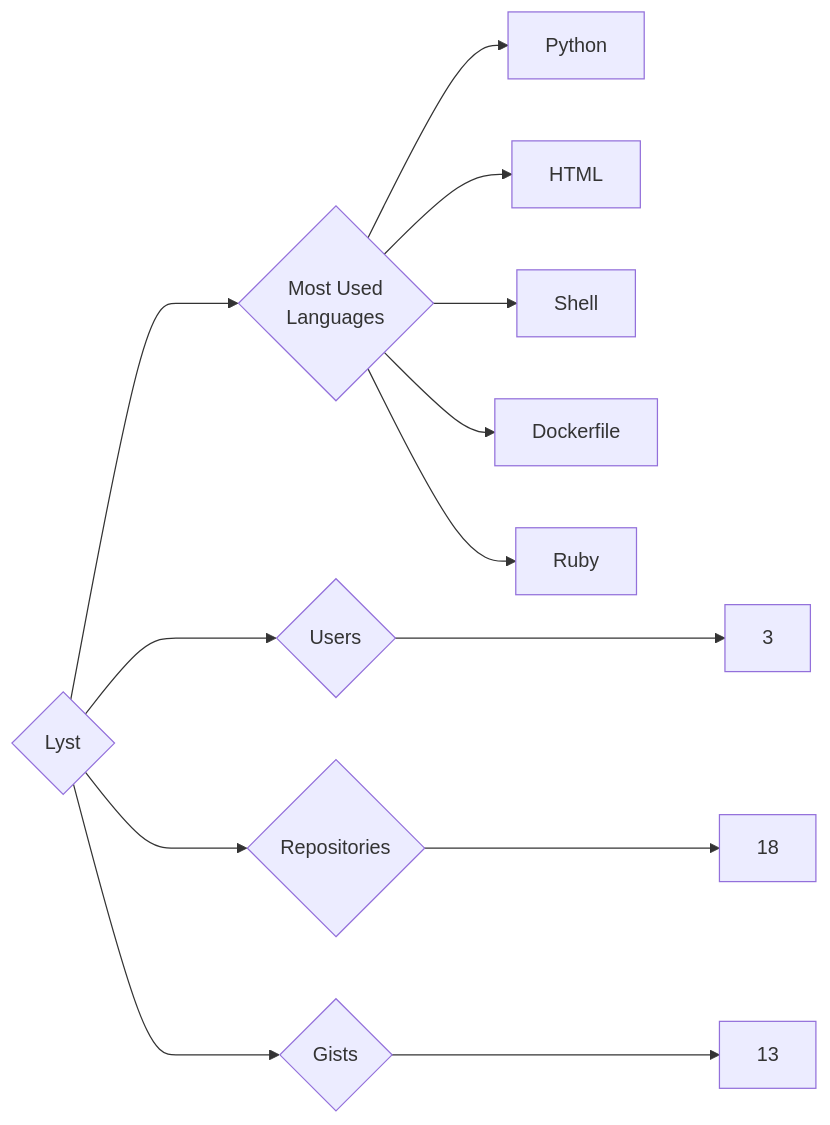
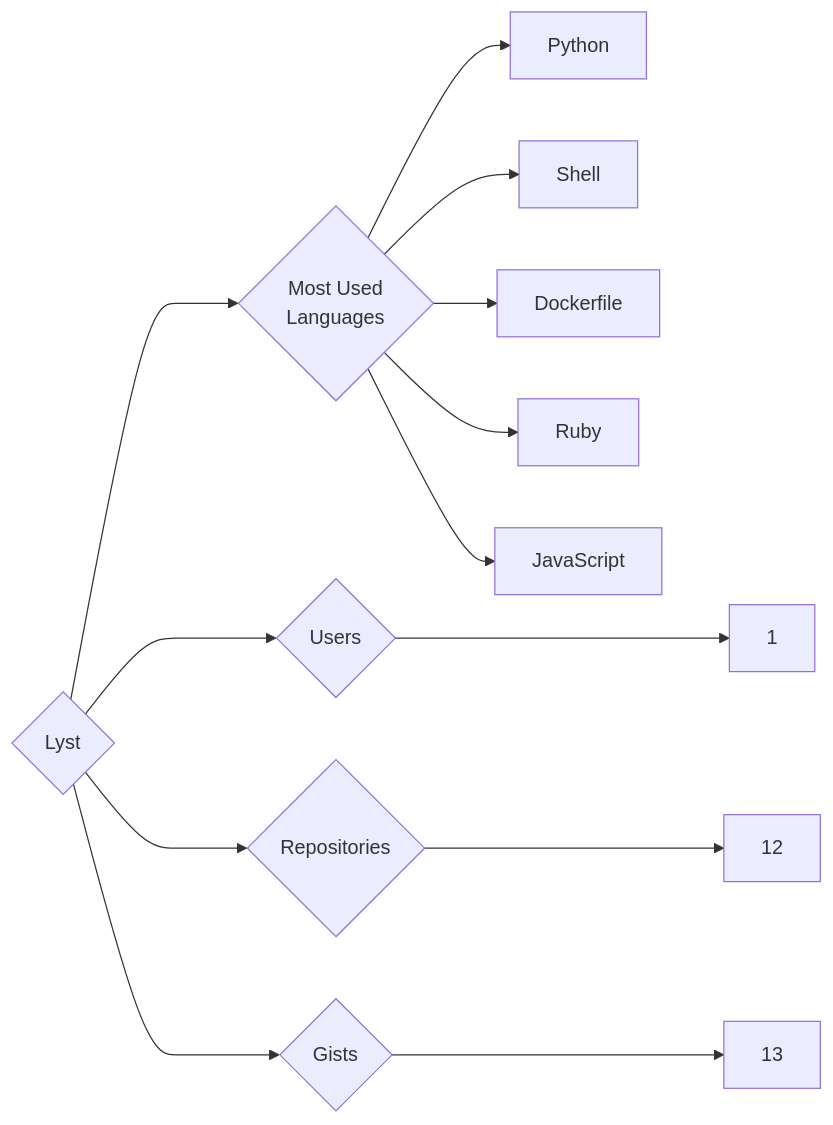
One commit to trickest/insiders changed the diagram in targets/Lyst/README.md. Above: the diagram before and after it, drawn with Mermaid. The commit also changed 930 other files, not shown here.

````diff
--- a/targets/Lyst/README.md
+++ b/targets/Lyst/README.md
@@ -3,13 +3,13 @@
 ```mermaid
 graph LR
 COMPANY_NAME{Lyst}
-COMPANY_NAME ---> U{Users} ---> UN[3]
-COMPANY_NAME ---> R{Repositories} ---> RN[18]
+COMPANY_NAME ---> U{Users} ---> UN[1]
+COMPANY_NAME ---> R{Repositories} ---> RN[12]
 COMPANY_NAME ---> G{Gists} ---> GN[13]
 COMPANY_NAME ---> ML{Most Used<br>Languages}
 ML --> Python[Python]
-ML --> HTML[HTML]
 ML --> Shell[Shell]
 ML --> Dockerfile[Dockerfile]
 ML --> Ruby[Ruby]
+ML --> JavaScript[JavaScript]
 ```
````
